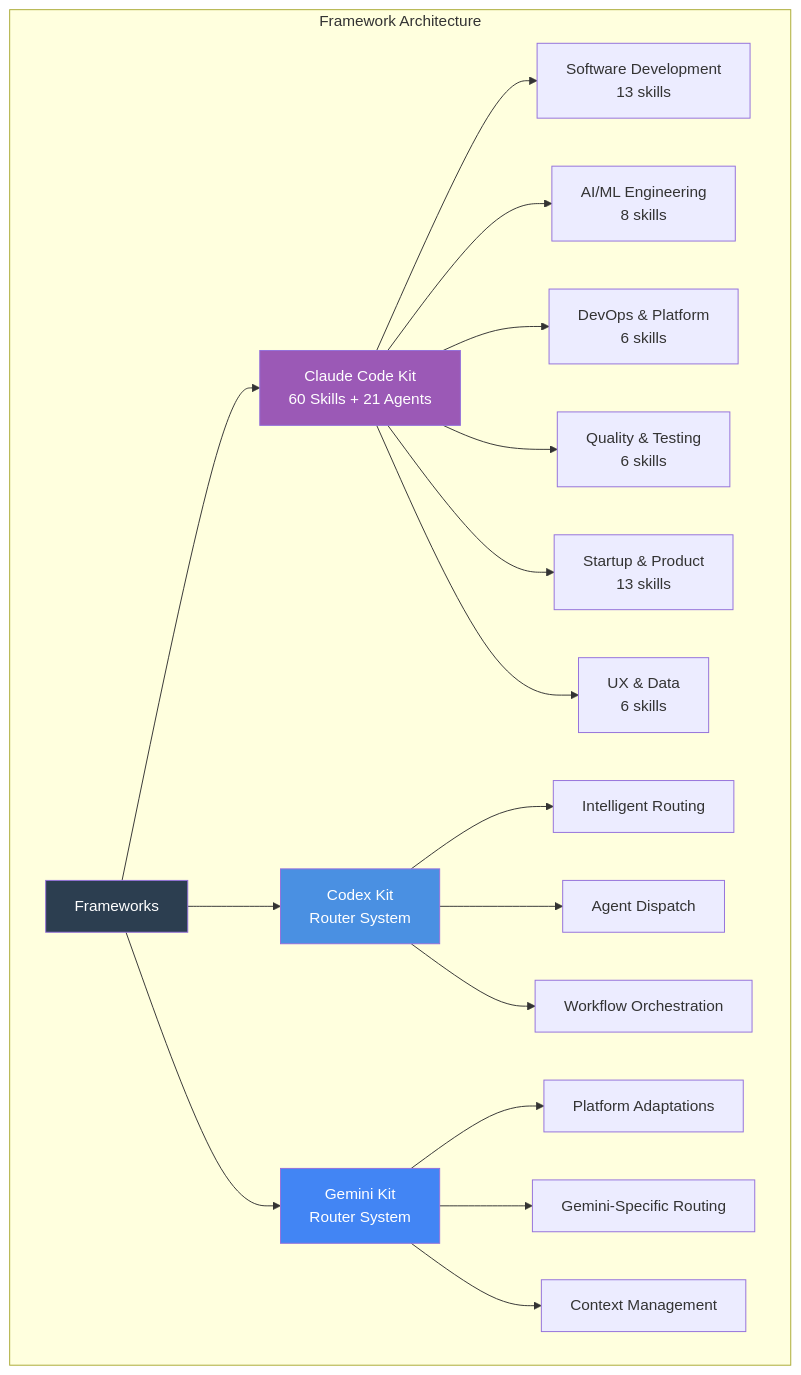
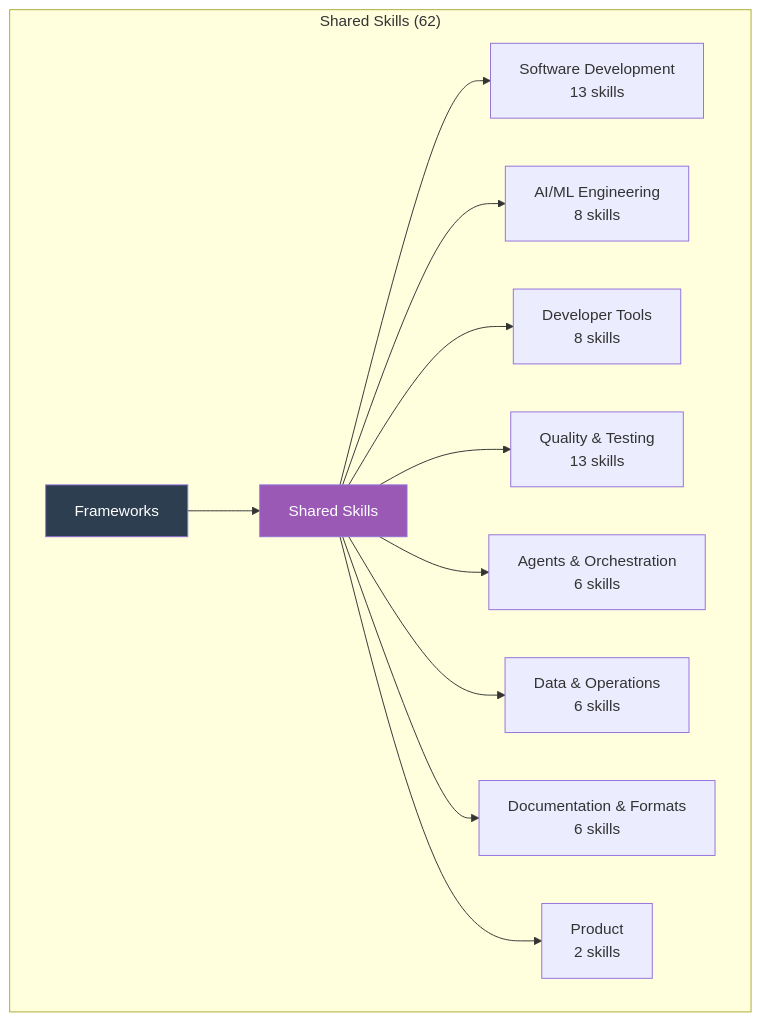
One commit to vasilyu1983/AI-Agents-public changed the diagram in frameworks/README.md. Above: the diagram before and after it, drawn with Mermaid. The commit also changed other lines of this file and 1299 other files, not shown here.

````diff
--- a/frameworks/README.md
+++ b/frameworks/README.md
@@ -9,28 +9,18 @@
 ```mermaid
 graph TB
-    subgraph "Framework Architecture"
-        A[Frameworks] --> B[Claude Code Kit<br/>60 Skills + 21 Agents]
-        A --> C[Codex Kit<br/>Router System]
-        A --> D[Gemini Kit<br/>Router System]
+    subgraph "Shared Skills (62)"
+        A[Frameworks] --> B[Shared Skills]
 
         B --> B1[Software Development<br/>13 skills]
         B --> B2[AI/ML Engineering<br/>8 skills]
-        B --> B3[DevOps & Platform<br/>6 skills]
-        B --> B4[Quality & Testing<br/>6 skills]
-        B --> B5[Startup & Product<br/>13 skills]
-        B --> B6[UX & Data<br/>6 skills]
-
-        C --> C1[Intelligent Routing]
-        C --> C2[Agent Dispatch]
-        C --> C3[Workflow Orchestration]
-
-        D --> D1[Platform Adaptations]
-        D --> D2[Gemini-Specific Routing]
-        D --> D3[Context Management]
+        B --> B3[Developer Tools<br/>8 skills]
+        B --> B4[Quality & Testing<br/>13 skills]
+        B --> B5[Agents & Orchestration<br/>6 skills]
+        B --> B6[Data & Operations<br/>6 skills]
+        B --> B7[Documentation & Formats<br/>6 skills]
+        B --> B8[Product<br/>2 skills]
     end
 
     style A fill:#2C3E50,color:#fff
     style B fill:#9B59B6,color:#fff
-    style C fill:#4A90E2,color:#fff
-    style D fill:#4285F4,color:#fff
 ```
````
